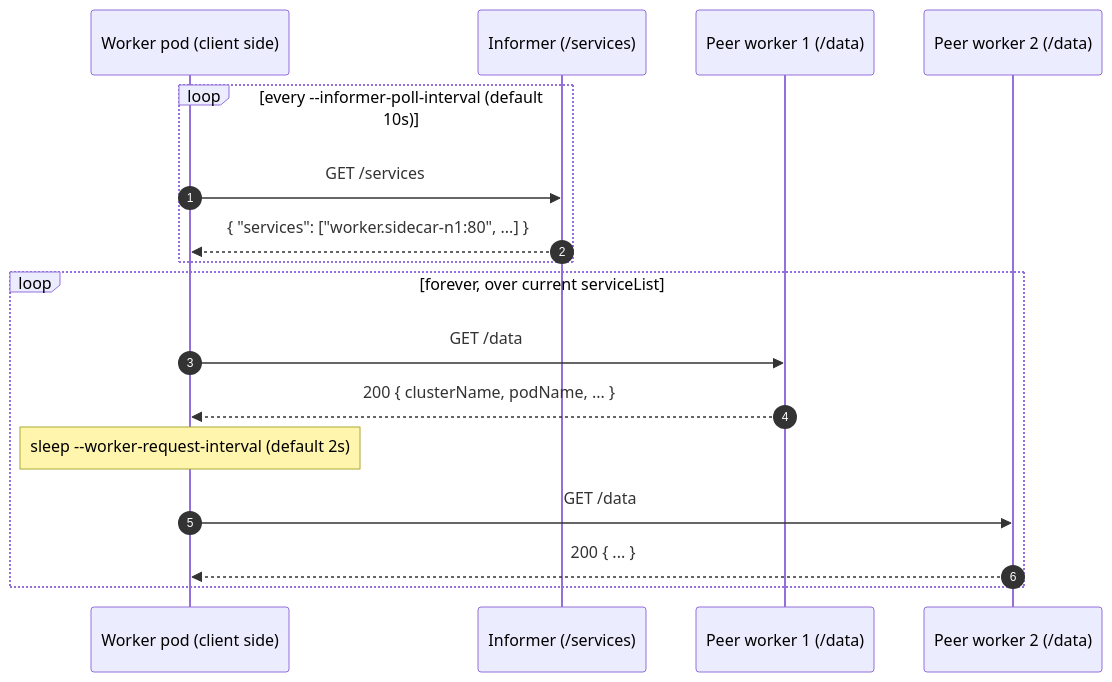
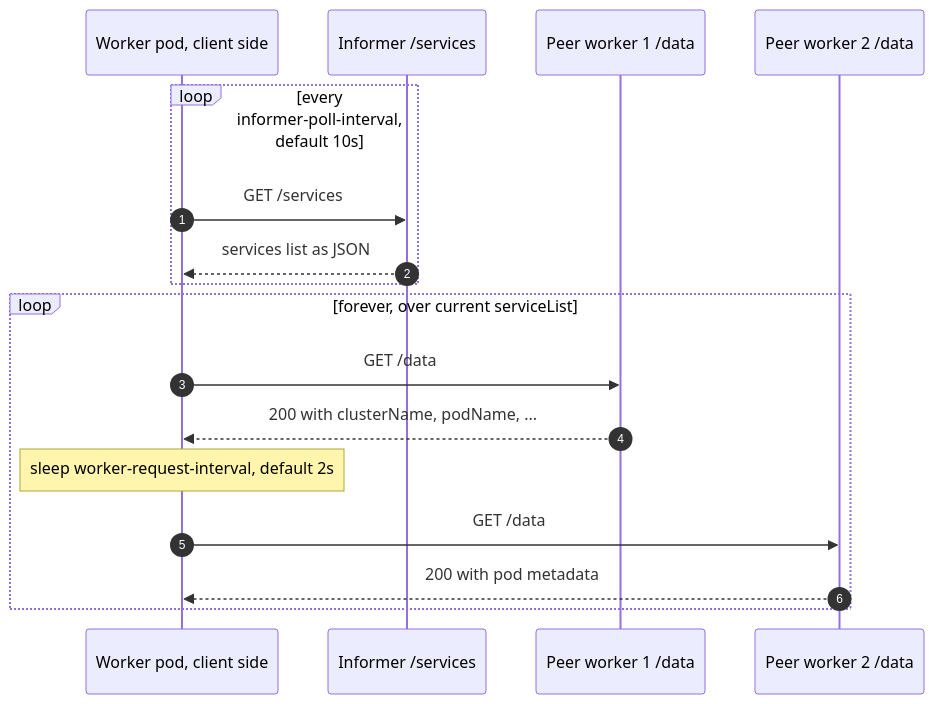
One commit to h0tbird/k-swarm changed the fifth of 6 diagrams in docs/architecture.md. Above: the diagram before and after it, drawn with Mermaid. The commit also changed other lines of this file, not shown here.

Commit message:
Fix diagrams

````diff
--- a/docs/architecture.md
+++ b/docs/architecture.md
@@ -210,21 +210,21 @@
 ```mermaid
 sequenceDiagram
     autonumber
-    participant W as Worker pod (client side)
-    participant I as Informer (/services)
-    participant P1 as Peer worker 1 (/data)
-    participant P2 as Peer worker 2 (/data)
+    participant W as Worker pod, client side
+    participant I as Informer /services
+    participant P1 as Peer worker 1 /data
+    participant P2 as Peer worker 2 /data
 
-    loop every --informer-poll-interval (default 10s)
+    loop every informer-poll-interval, default 10s
         W->>I: GET /services
-        I-->>W: { "services": ["worker.sidecar-n1:80", ...] }
+        I-->>W: services list as JSON
     end
 
     loop forever, over current serviceList
         W->>P1: GET /data
-        P1-->>W: 200 { clusterName, podName, ... }
-        Note over W: sleep --worker-request-interval (default 2s)
+        P1-->>W: 200 with clusterName, podName, ...
+        Note over W: sleep worker-request-interval, default 2s
         W->>P2: GET /data
-        P2-->>W: 200 { ... }
+        P2-->>W: 200 with pod metadata
     end
 ```
````
